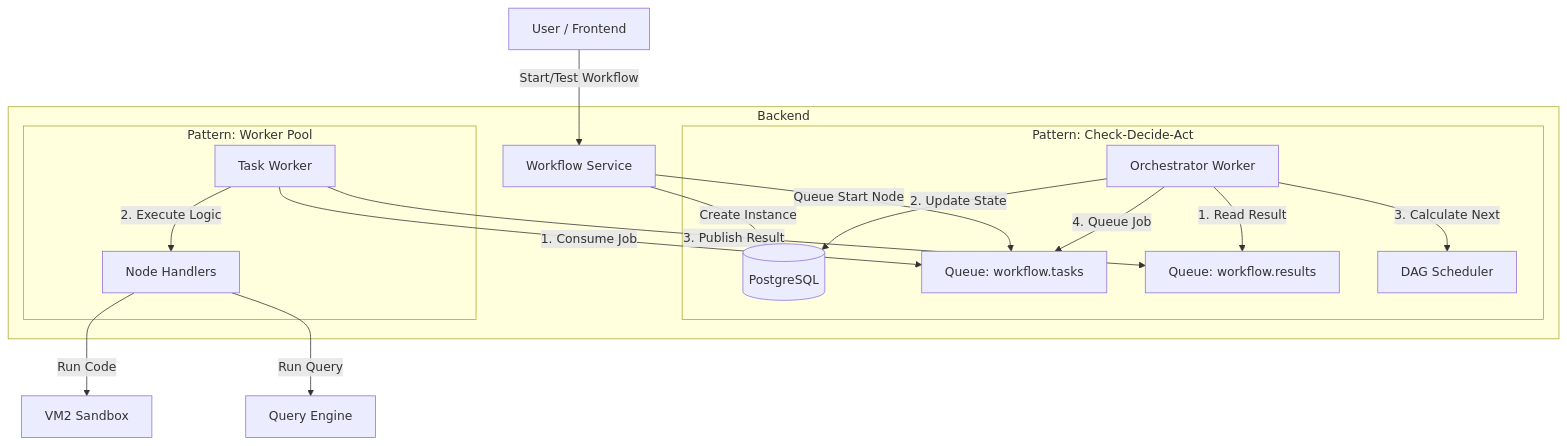
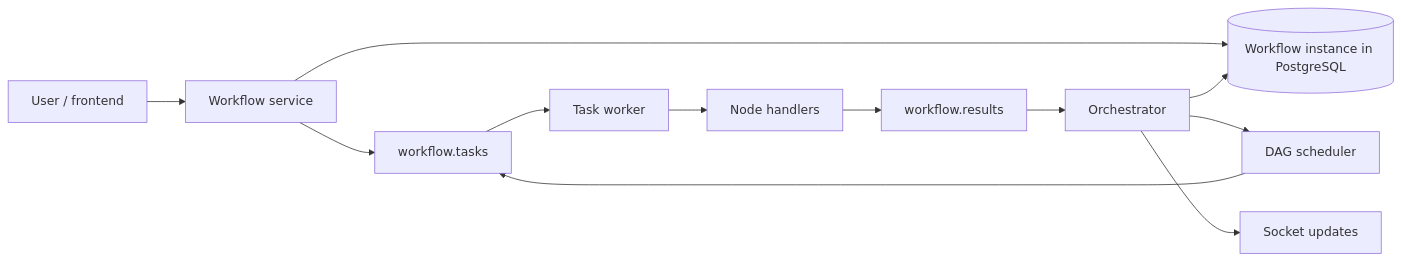
The first of 2 diagrams in docs/docs/concepts/workflow-architecture.md (Jet-labs/jet-admin), drawn with Mermaid before and after one commit. The commit also changed other lines of this file and 84 other files, not shown here.

````diff
--- a/docs/docs/concepts/workflow-architecture.md
+++ b/docs/docs/concepts/workflow-architecture.md
@@ -13,25 +17,16 @@
 ```mermaid
-graph TD
-    User[User / Frontend] -- Start/Test Workflow --> API[Workflow Service]
-    
-    subgraph "Backend"
-        API -- "Create Instance" --> DB[(PostgreSQL)]
-        API -- "Queue Start Node" --> Queue_Tasks[Queue: workflow.tasks]
-        
-        subgraph "Pattern: Check-Decide-Act"
-            Orchestrator[Orchestrator Worker] -- "1. Read Result" --> Queue_Results[Queue: workflow.results]
-            Orchestrator -- "2. Update State" --> DB
-            Orchestrator -- "3. Calculate Next" --> DAG[DAG Scheduler]
-            Orchestrator -- "4. Queue Job" --> Queue_Tasks
-        end
-        
-        subgraph "Pattern: Worker Pool"
-            TaskWorker[Task Worker] -- "1. Consume Job" --> Queue_Tasks
-            TaskWorker -- "2. Execute Logic" --> Handlers[Node Handlers]
-            TaskWorker -- "3. Publish Result" --> Queue_Results
-        end
-    end
-    
-    Handlers -- "Run Code" --> VM[VM2 Sandbox]
-    Handlers -- "Run Query" --> QueryEngine[Query Engine]
+flowchart LR
+    User[User / frontend] --> API[Workflow service]
+    API --> DB[(Workflow instance in PostgreSQL)]
+    API --> Tasks[workflow.tasks]
+
+    Tasks --> Worker[Task worker]
+    Worker --> Handlers[Node handlers]
+    Handlers --> Results[workflow.results]
+
+    Results --> Orchestrator[Orchestrator]
+    Orchestrator --> DB
+    Orchestrator --> Scheduler[DAG scheduler]
+    Scheduler --> Tasks
+    Orchestrator --> Socket[Socket updates]
 ```
````
